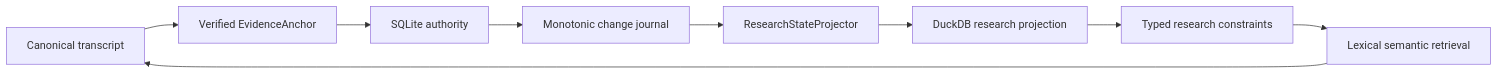
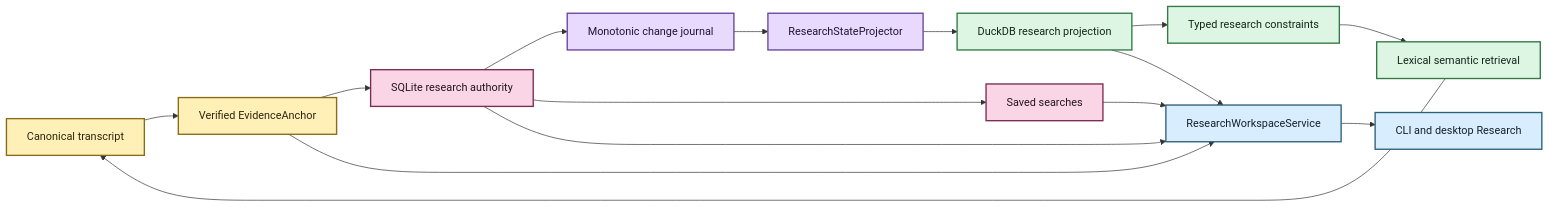
The diagram in docs/architecture/research-state.md (SSD1805/EchoFlow), drawn with Mermaid before and after one commit. The commit also changed other lines of this file and 29 other files, not shown here.

Commit message:
docs: restore Mermaid styling and refresh current product truth

````diff
--- a/docs/architecture/research-state.md
+++ b/docs/architecture/research-state.md
@@ -17,11 +22,29 @@
 ```mermaid
-graph LR;
+flowchart LR
     A[Canonical transcript] --> B[Verified EvidenceAnchor]
-    B --> C[SQLite authority]
+    B --> C[SQLite research authority]
     C --> D[Monotonic change journal]
     D --> E[ResearchStateProjector]
     E --> F[DuckDB research projection]
     F --> G[Typed research constraints]
     G --> H[Lexical semantic retrieval]
     H --> A
+    C --> I[Saved searches]
+    C --> J[ResearchWorkspaceService]
+    B --> J
+    F --> J
+    I --> J
+    J --> K[CLI and desktop Research]
+
+    classDef source fill:#F9D5E5,stroke:#7B2E52,stroke-width:2px,color:#22151B
+    classDef process fill:#E8D9FF,stroke:#68469B,stroke-width:2px,color:#1F1630
+    classDef evidence fill:#FFF0B8,stroke:#8A6B18,stroke-width:2px,color:#2C260F
+    classDef view fill:#DDF5E3,stroke:#347A46,stroke-width:2px,color:#142719
+    classDef inspect fill:#D8EEFF,stroke:#2E617B,stroke-width:2px,color:#12222A
+
+    class A,B evidence
+    class C,I source
+    class D,E process
+    class F,G,H view
+    class J,K inspect
 ```
````
